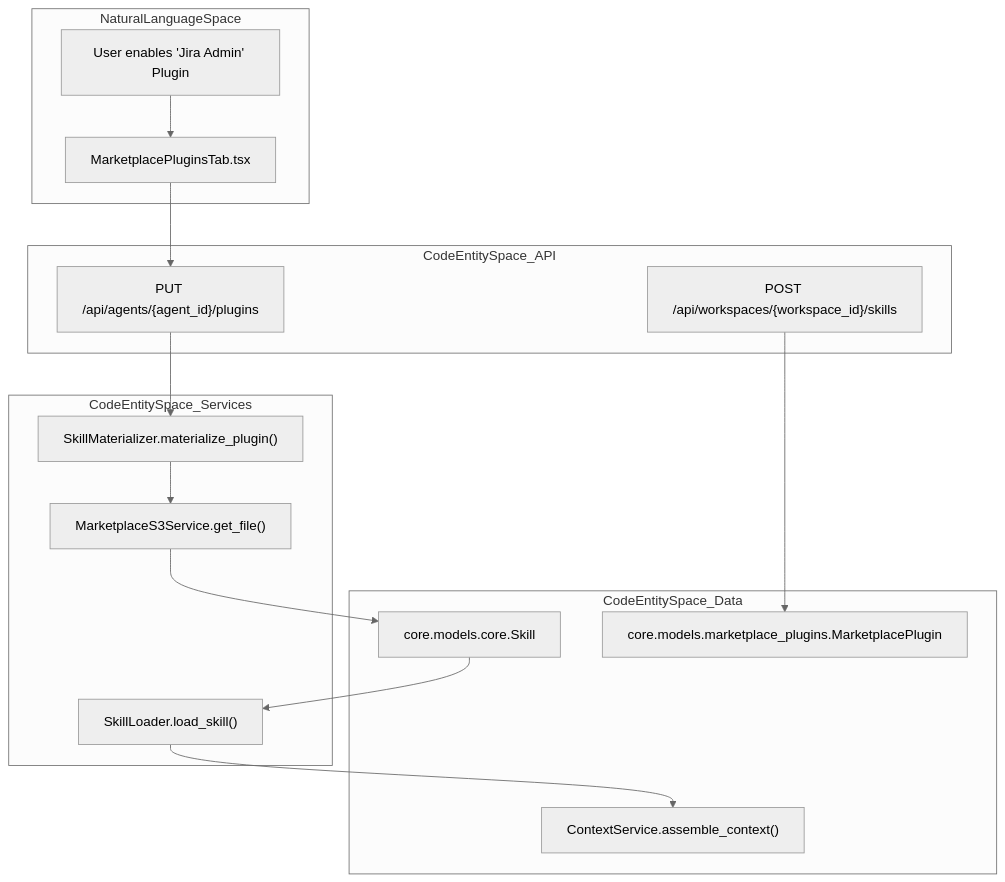
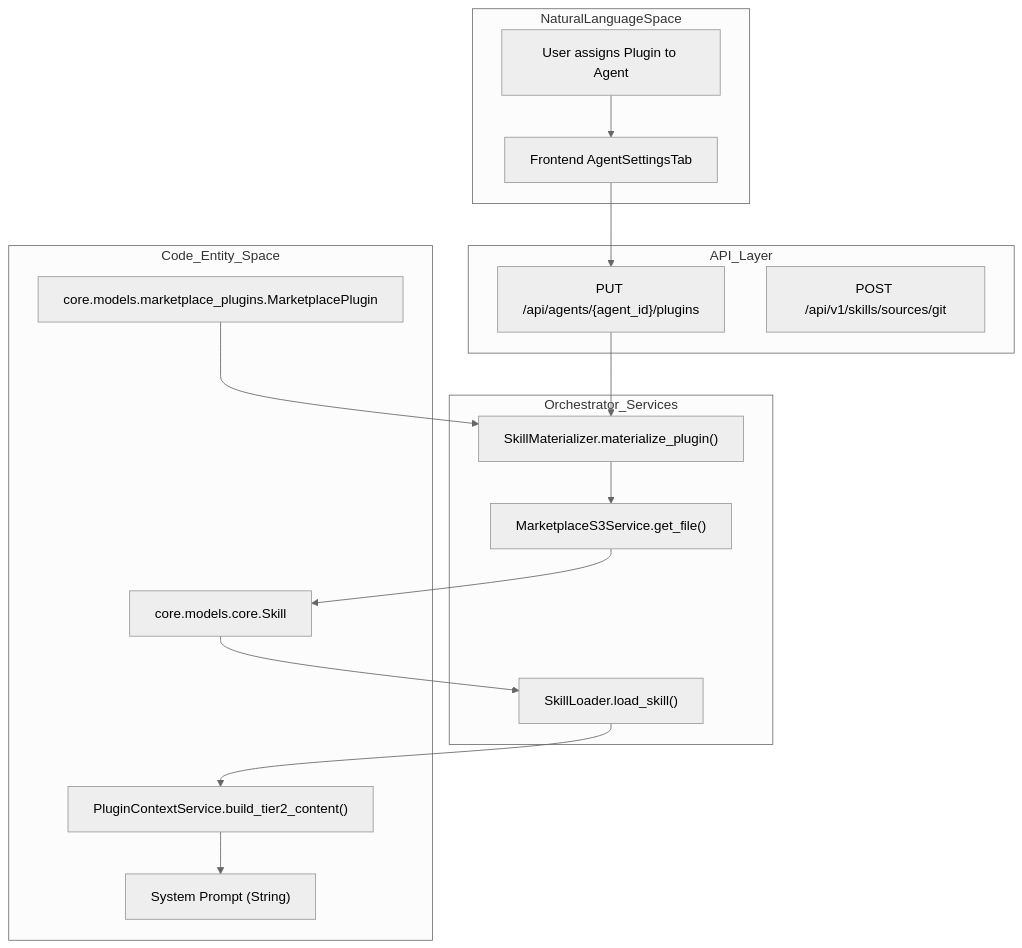
Before and after one commit to AutomatosAI/automatos-ai: the first of 2 diagrams in docs/agents/agent-plugins-skills.md, drawn with Mermaid (neutral theme). The commit also changed other lines of this file and 153 other files, not shown here.

````diff
--- a/docs/agents/agent-plugins-skills.md
+++ b/docs/agents/agent-plugins-skills.md
@@ -89,33 +87,35 @@
 ```mermaid
 graph TD
     subgraph "NaturalLanguageSpace"
-        UserIntent["User enables 'Jira Admin' Plugin"]
-        UI_Toggle["MarketplacePluginsTab.tsx"]
+        UserIntent["User assigns Plugin to Agent"]
+        UI_Action["Frontend AgentSettingsTab"]
     end
 
-    subgraph "CodeEntitySpace_API"
+    subgraph "API_Layer"
         API_Plugins["PUT /api/agents/{agent_id}/plugins"]
-        API_WS_Skills["POST /api/workspaces/{workspace_id}/skills"]
+        API_Skills["POST /api/v1/skills/sources/git"]
     end
 
-    subgraph "CodeEntitySpace_Services"
+    subgraph "Orchestrator_Services"
         SM_Service["SkillMaterializer.materialize_plugin()"]
         S_Loader["SkillLoader.load_skill()"]
         S3_Srv["MarketplaceS3Service.get_file()"]
     end
 
-    subgraph "CodeEntitySpace_Data"
+    subgraph "Code_Entity_Space"
         DB_Skill["core.models.core.Skill"]
         DB_Plugin["core.models.marketplace_plugins.MarketplacePlugin"]
-        Context["ContextService.assemble_context()"]
+        Context["PluginContextService.build_tier2_content()"]
+        Prompt["System Prompt (String)"]
     end
 
-    UserIntent --> UI_Toggle
-    UI_Toggle --> API_Plugins
+    UserIntent --> UI_Action
+    UI_Action --> API_Plugins
     API_Plugins --> SM_Service
     SM_Service --> S3_Srv
     S3_Srv --> DB_Skill
     DB_Skill --> S_Loader
     S_Loader --> Context
-    API_WS_Skills --> DB_Plugin
+    Context --> Prompt
+    DB_Plugin --> SM_Service
 ```
````
